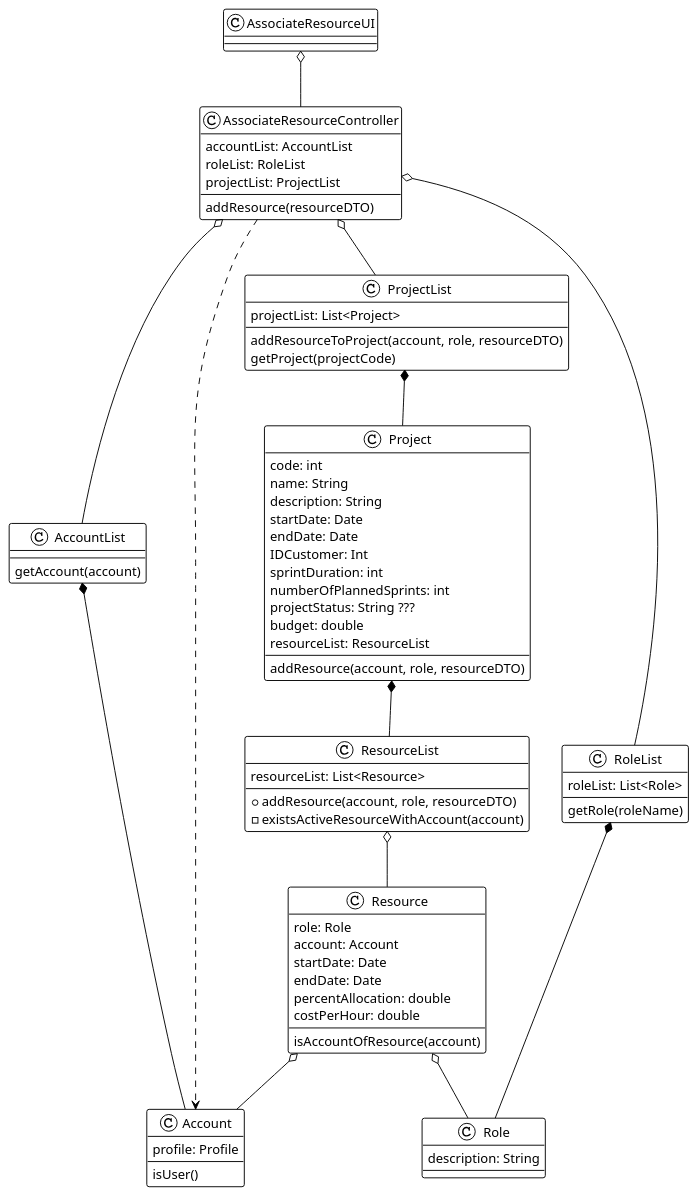
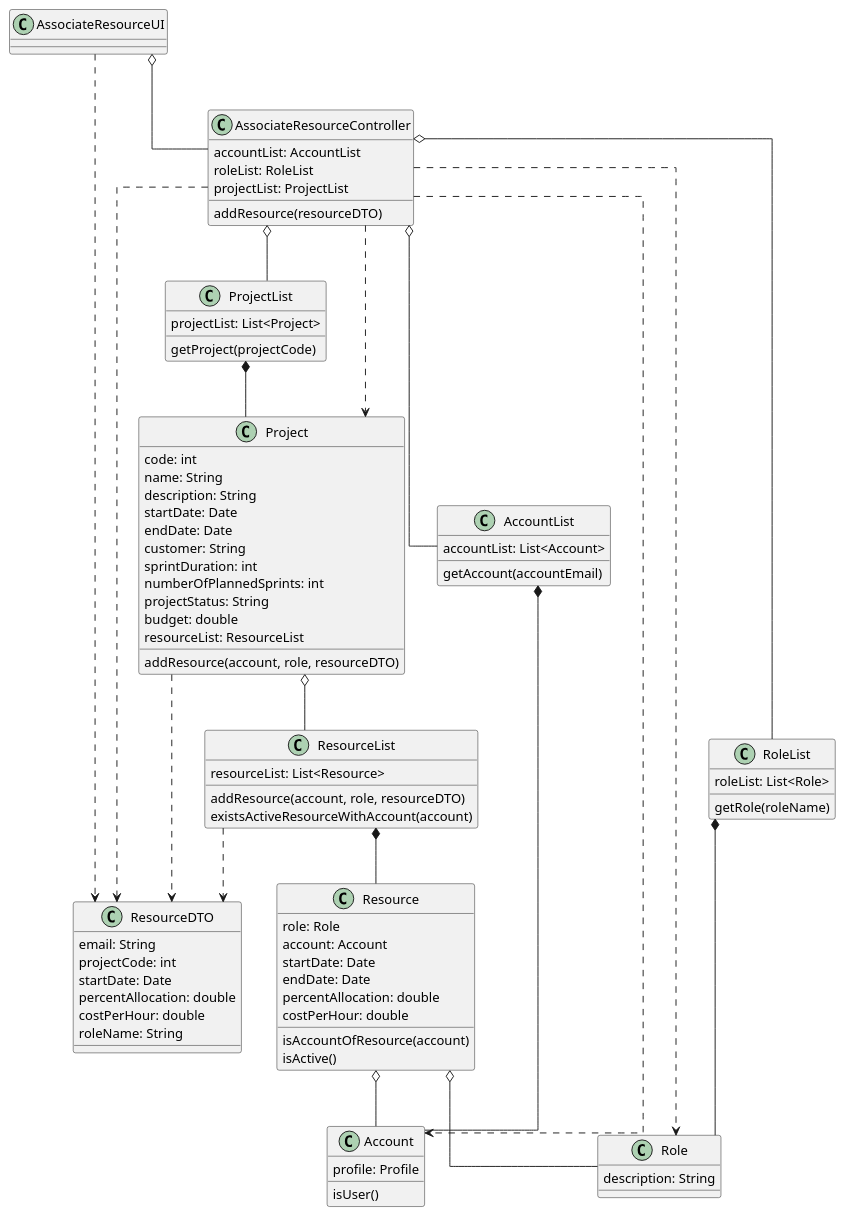
One commit to ivo-menezes/project_g3 changed the diagram in docs/modelling_design/user_stories/us011/US011_AssociateTeamMemberCD.puml. Above: the diagram before and after it, drawn with PlantUML.

Commit message:
US011:Design:Update AssociateTeamMemberCD

```diff
--- a/docs/modelling_design/user_stories/us011/US011_AssociateTeamMemberCD.puml
+++ b/docs/modelling_design/user_stories/us011/US011_AssociateTeamMemberCD.puml
@@ -1,84 +1,98 @@
 @startuml
-!theme plain
+
+skinparam linetype ortho
 
 class AssociateResourceUI {
+}
+
+class ResourceDTO {
+email: String
+projectCode: int
+startDate: Date
+percentAllocation: double
+costPerHour: double
+roleName: String
 }
 
 class AssociateResourceController {
 accountList: AccountList
 roleList: RoleList
 projectList: ProjectList
 addResource(resourceDTO)
-
-
 }
 
 class AccountList {
-getAccount(account)
+accountList: List<Account>
+getAccount(accountEmail)
 }
 
 class Account {
 profile: Profile
 isUser()
 }
 
 class RoleList {
 roleList: List<Role>
 getRole(roleName)
 }
 
 class Role {
 description: String
 }
 
 class ProjectList {
 projectList: List<Project>
-addResourceToProject(account, role, resourceDTO)
 getProject(projectCode)
 }
 
 class Project {
 code: int
 name: String
 description: String
 startDate: Date
 endDate: Date
-IDCustomer: Int
+customer: String
 sprintDuration: int
 numberOfPlannedSprints: int
-projectStatus: String ???
+projectStatus: String
 budget: double
 resourceList: ResourceList
 addResource(account, role, resourceDTO)
 }
 
 class ResourceList {
 resourceList: List<Resource>
-+addResource(account, role, resourceDTO)
--existsActiveResourceWithAccount(account)
+addResource(account, role, resourceDTO)
+existsActiveResourceWithAccount(account)
 }
 
 class Resource {
 role: Role
 account: Account
 startDate: Date
 endDate: Date
 percentAllocation: double
 costPerHour: double
 isAccountOfResource(account)
-
+isActive()
 }
 
 AssociateResourceUI o-- AssociateResourceController
 AssociateResourceController o-- ProjectList
 ProjectList *-- Project
-Project *-- ResourceList
-ResourceList o-- Resource
+Project o-- ResourceList
+ResourceList *-- Resource
 AccountList *-- Account
 RoleList *-- Role
 AssociateResourceController o-- AccountList
 AssociateResourceController ..> Account
 AssociateResourceController o-- RoleList
 Resource o-- Account
 Resource o-- Role
+AssociateResourceUI ..> ResourceDTO
+AssociateResourceController ..> ResourceDTO
+Project ..> ResourceDTO
+ResourceList ..> ResourceDTO
+AssociateResourceController ..> Project
+AssociateResourceController ..> Role
 @enduml
```
